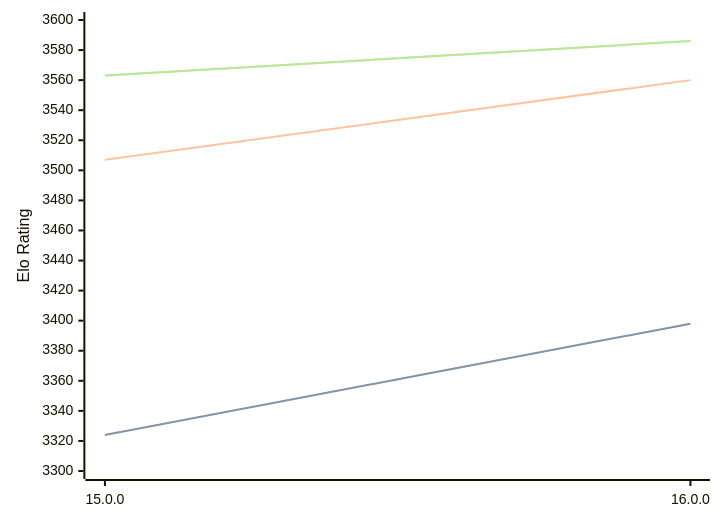
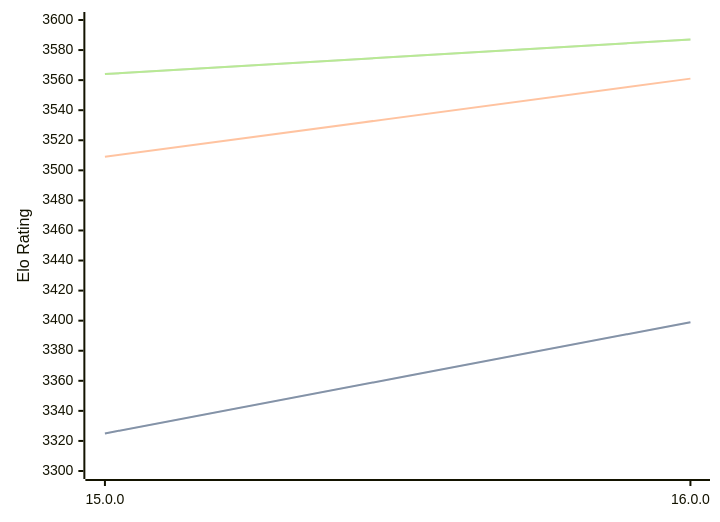
The diagram in engines/Halogen.md (computer-chess-index/cci), drawn with Mermaid before and after one commit. The commit also changed other lines of this file, not shown here.

Commit message:
Update CCI Ratings (ELO VLTC) - 2026-04-22

````diff
--- a/engines/Halogen.md
+++ b/engines/Halogen.md
@@ -50,11 +50,11 @@
 ```mermaid
 %%{init: {"theme":"base","themeVariables":{"seriesColors:['#a3a3a3','#222221','#faa371']}}}%%
 xychart-beta
   x-axis ["15.0.0", "16.0.0"]
   y-axis "Elo Rating" 3300 --> 3600
-  line "STC (8.0+0.08s)" [3324, 3398]
-  line "STC (8.0+0.08s)" [3324, 3398]
-  line "LTC (60.0+0.60s)" [3507, 3560]
-  line "VLTC (2m24s+1.12s)" [3563, 3586]
-  line "VLTC (2m24s+1.12s)" [3563, 3586]
+  line "STC (8.0+0.08s)" [3325, 3399]
+  line "STC (8.0+0.08s)" [3325, 3399]
+  line "LTC (60.0+0.60s)" [3509, 3561]
+  line "VLTC (2m24s+1.12s)" [3564, 3587]
+  line "VLTC (2m24s+1.12s)" [3564, 3587]
 ```
````
